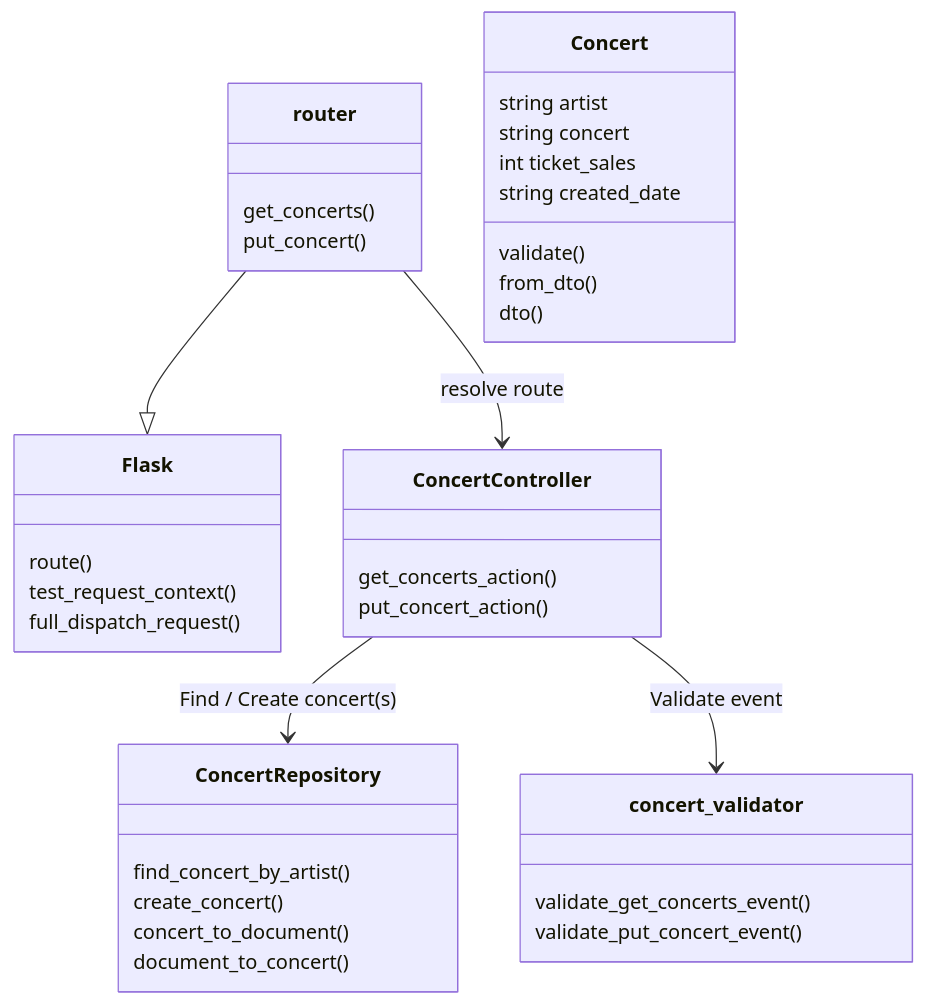
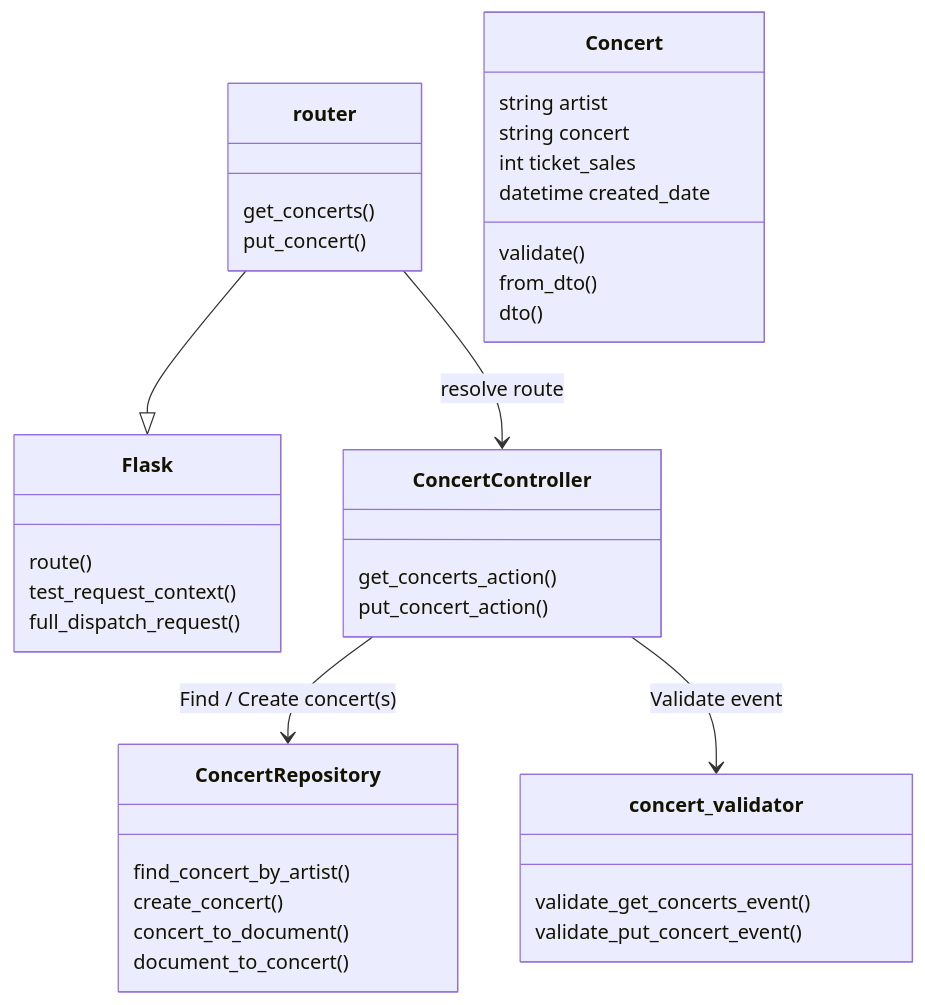
Before and after one commit to moonline/Lab.GCP.API-Gateway: the third of 4 diagrams in README.md, drawn with Mermaid. The commit also changed other lines of this file, not shown here.

Commit message:
Finish architecture docs

````diff
--- a/README.md
+++ b/README.md
@@ -54,41 +84,42 @@
 ```mermaid
 classDiagram
 
 class Flask {
    route()
    test_request_context()
    full_dispatch_request()
 }
 
 router --|> Flask
 router: get_concerts()
 router: put_concert()
 router --> ConcertController: resolve route
 
 class ConcertController {
    get_concerts_action()
    put_concert_action()
 }
 ConcertController --> ConcertRepository: Find / Create concert(s)
 ConcertController --> concert_validator: Validate event
 
 concert_validator: validate_get_concerts_event()
 concert_validator: validate_put_concert_event()
 
 class Concert {
    string artist
    string concert
    int ticket_sales
-   string created_date
+   datetime created_date
+
    validate()
    from_dto()
    dto()
 }
 
 class ConcertRepository {
    find_concert_by_artist()
    create_concert()
    concert_to_document()
    document_to_concert()
 }
 ```
````
